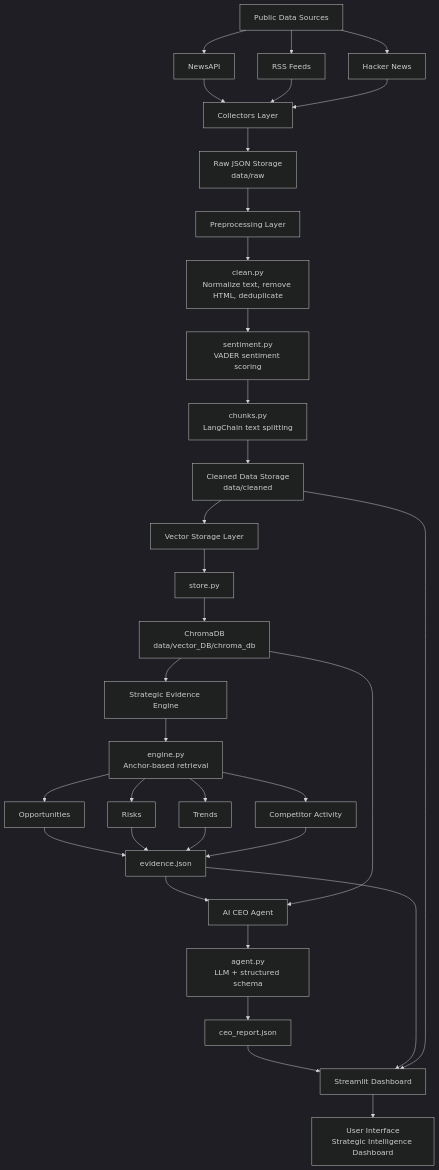
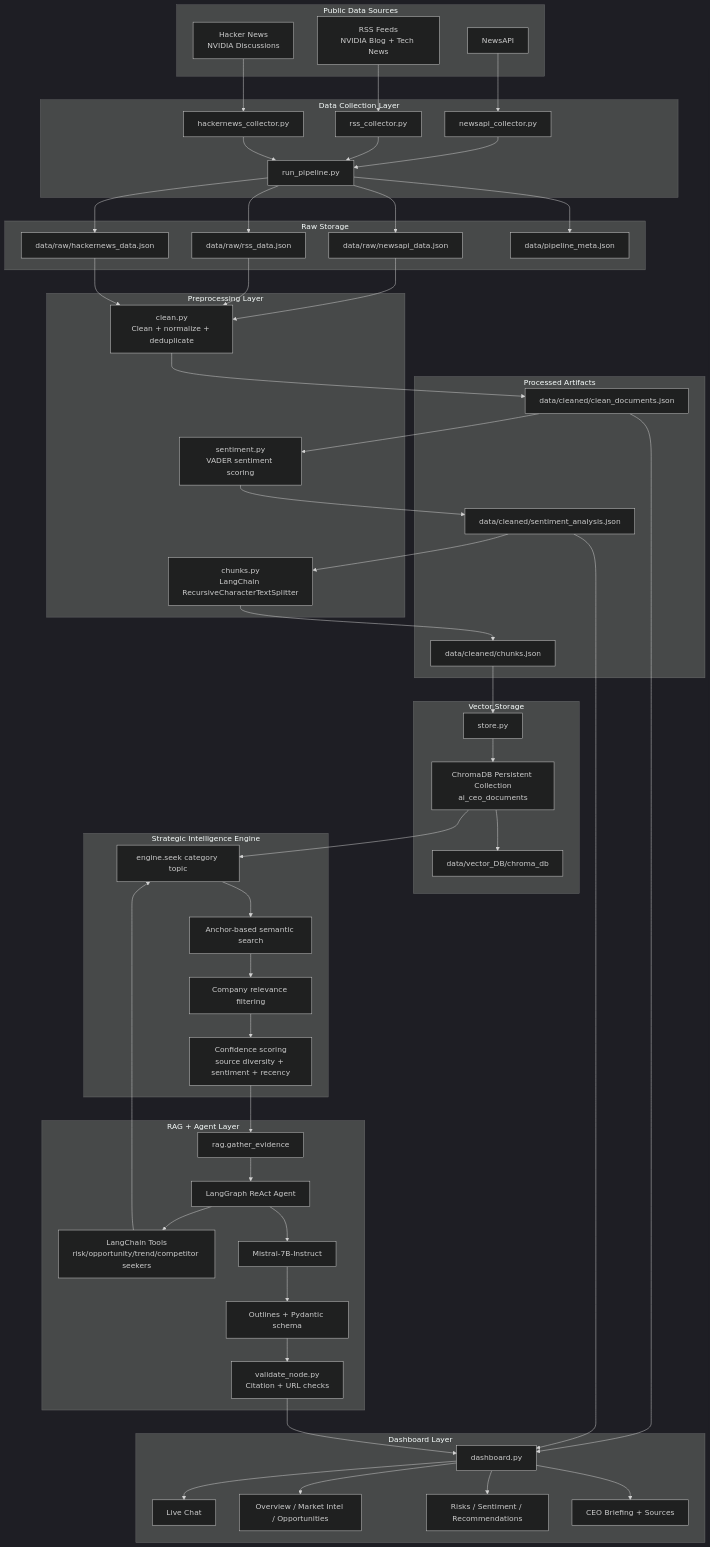
One commit to yuvrajghag5/AI-CEO changed the first of 2 diagrams in README.md. Above: the diagram before and after it, drawn with Mermaid (dark theme). The commit also changed other lines of this file and 1 other file, not shown here.

````diff
--- a/README.md
+++ b/README.md
@@ -121,45 +65,118 @@
 ```mermaid
 flowchart TD
-    A[Public Data Sources] --> A1[NewsAPI]
-    A --> A2[RSS Feeds]
-    A --> A3[Hacker News]
-    
+    %% External Sources
+    subgraph S[Public Data Sources]
+        S1[NewsAPI]
+        S2[RSS Feeds\nNVIDIA Blog + Tech News]
+        S3[Hacker News\nNVIDIA Discussions]
+    end
 
-    A1 --> B[Collectors Layer]
-    A2 --> B
-    A3 --> B
-    
+    %% Collection Layer
+    subgraph C[Data Collection Layer]
+        C1[newsapi_collector.py]
+        C2[rss_collector.py]
+        C3[hackernews_collector.py]
+        C4[run_pipeline.py]
+    end
 
-    B --> C[Raw JSON Storage\ndata/raw]
+    %% Raw Storage
+    subgraph R[Raw Storage]
+        R1[data/raw/newsapi_data.json]
+        R2[data/raw/rss_data.json]
+        R3[data/raw/hackernews_data.json]
+        R4[data/pipeline_meta.json]
+    end
 
-    C --> D[Preprocessing Layer]
-    D --> D1[clean.py\nNormalize text, remove HTML, deduplicate]
-    D1 --> D2[sentiment.py\nVADER sentiment scoring]
-    D2 --> D3[chunks.py\nLangChain text splitting]
+    %% Preprocessing
+    subgraph P[Preprocessing Layer]
+        P1[clean.py\nClean + normalize + deduplicate]
+        P2[sentiment.py\nVADER sentiment scoring]
+        P3[chunks.py\nLangChain RecursiveCharacterTextSplitter]
+    end
 
-    D3 --> E[Cleaned Data Storage\ndata/cleaned]
-    E --> F[Vector Storage Layer]
-    F --> F1[store.py]
-    F1 --> F2[ChromaDB\ndata/vector_DB/chroma_db]
+    %% Processed Artifacts
+    subgraph A[Processed Artifacts]
+        A1[data/cleaned/clean_documents.json]
+        A2[data/cleaned/sentiment_analysis.json]
+        A3[data/cleaned/chunks.json]
+    end
 
-    F2 --> G[Strategic Evidence Engine]
-    G --> G1[engine.py\nAnchor-based retrieval]
-    G1 --> G2[Opportunities]
-    G1 --> G3[Risks]
-    G1 --> G4[Trends]
-    G1 --> G5[Competitor Activity]
-    G2 --> H[evidence.json]
-    G3 --> H
-    G4 --> H
-    G5 --> H
+    %% Vector DB
+    subgraph V[Vector Storage]
+        V1[store.py]
+        V2[ChromaDB Persistent Collection\nai_ceo_documents]
+        V3[data/vector_DB/chroma_db]
+    end
 
-    H --> I[AI CEO Agent]
-    F2 --> I
-    I --> I1[agent.py\nLLM + structured schema]
-    I1 --> J[ceo_report.json]
+    %% Intelligence Layer
+    subgraph E[Strategic Intelligence Engine]
+        E1[engine.seek category topic]
+        E2[Anchor-based semantic search]
+        E3[Company relevance filtering]
+        E4[Confidence scoring\nsource diversity + sentiment + recency]
+    end
 
-    J --> K[Streamlit Dashboard]
-    H --> K
-    E --> K
-    K --> L[User Interface\nStrategic Intelligence Dashboard]
+    %% RAG + Agent Layer
+    subgraph G[RAG + Agent Layer]
+        G1[rag.gather_evidence]
+        G2[LangGraph ReAct Agent]
+        G3[LangChain Tools\nrisk/opportunity/trend/competitor seekers]
+        G4[Mistral-7B-Instruct]
+        G5[Outlines + Pydantic schema]
+        G6[validate_node.py\nCitation + URL checks]
+    end
+
+    %% Dashboard
+    subgraph D[Dashboard Layer]
+        D1[dashboard.py]
+        D2[Live Chat]
+        D3[Overview / Market Intel / Opportunities]
+        D4[Risks / Sentiment / Recommendations]
+        D5[CEO Briefing + Sources]
+    end
+
+    S1 --> C1
+    S2 --> C2
+    S3 --> C3
+    C1 --> C4
+    C2 --> C4
+    C3 --> C4
+    C4 --> R1
+    C4 --> R2
+    C4 --> R3
+    C4 --> R4
+
+    R1 --> P1
+    R2 --> P1
+    R3 --> P1
+    P1 --> A1
+    A1 --> P2
+    P2 --> A2
+    A2 --> P3
+    P3 --> A3
+
+    A3 --> V1
+    V1 --> V2
+    V2 --> V3
+
+    V2 --> E1
+    E1 --> E2
+    E2 --> E3
+    E3 --> E4
+
+    E4 --> G1
+    G1 --> G2
+    G2 --> G3
+    G3 --> E1
+    G2 --> G4
+    G4 --> G5
+    G5 --> G6
+
+    A1 --> D1
+    A2 --> D1
+    G6 --> D1
+    D1 --> D2
+    D1 --> D3
+    D1 --> D4
+    D1 --> D5
 ```
````
